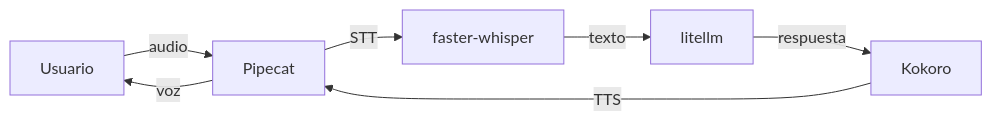
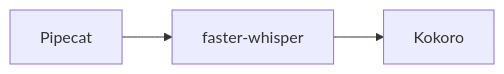
The diagram in human/playbooks/agente-de-voz.md (Cristrva1/BL_Alexandria), drawn with Mermaid before and after one commit. The commit also changed other lines of this file and 46 other files, not shown here.

````diff
--- a/human/playbooks/agente-de-voz.md
+++ b/human/playbooks/agente-de-voz.md
@@ -9,9 +25,5 @@
 ```mermaid
 flowchart LR
-  Usuario["Usuario"] -->|audio| pipecat["Pipecat"]
-  pipecat["Pipecat"] -->|STT| faster_whisper["faster-whisper"]
-  faster_whisper["faster-whisper"] -->|texto| litellm["litellm"]
-  litellm["litellm"] -->|respuesta| kokoro["Kokoro"]
-  kokoro["Kokoro"] -->|TTS| pipecat["Pipecat"]
-  pipecat["Pipecat"] -->|voz| Usuario["Usuario"]
+  pipecat["Pipecat"] --> faster_whisper["faster-whisper"]
+  faster_whisper["faster-whisper"] --> kokoro["Kokoro"]
 ```
````
